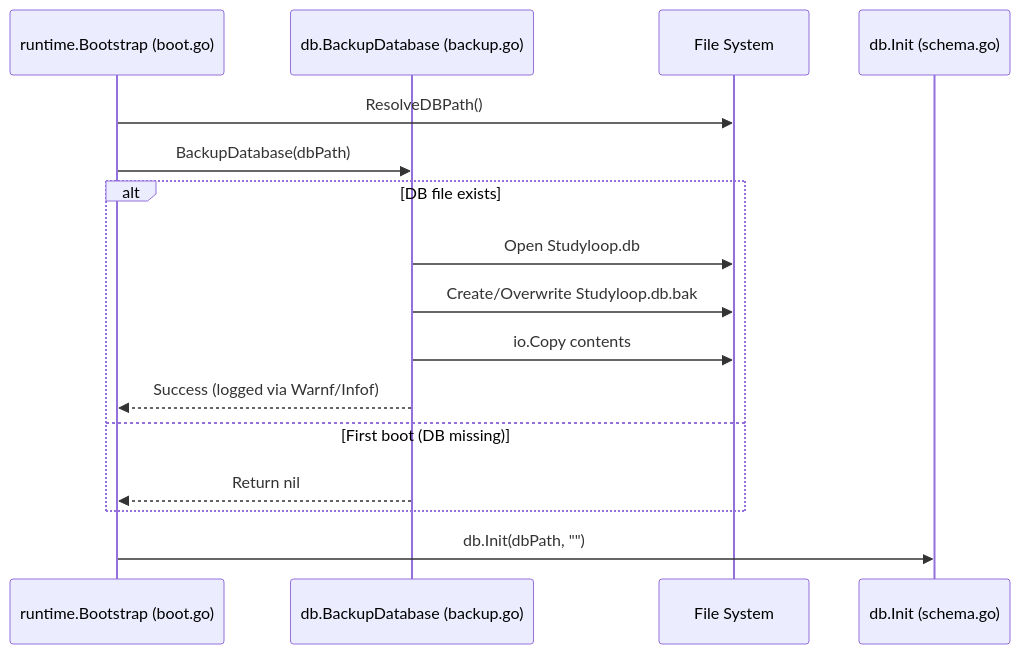
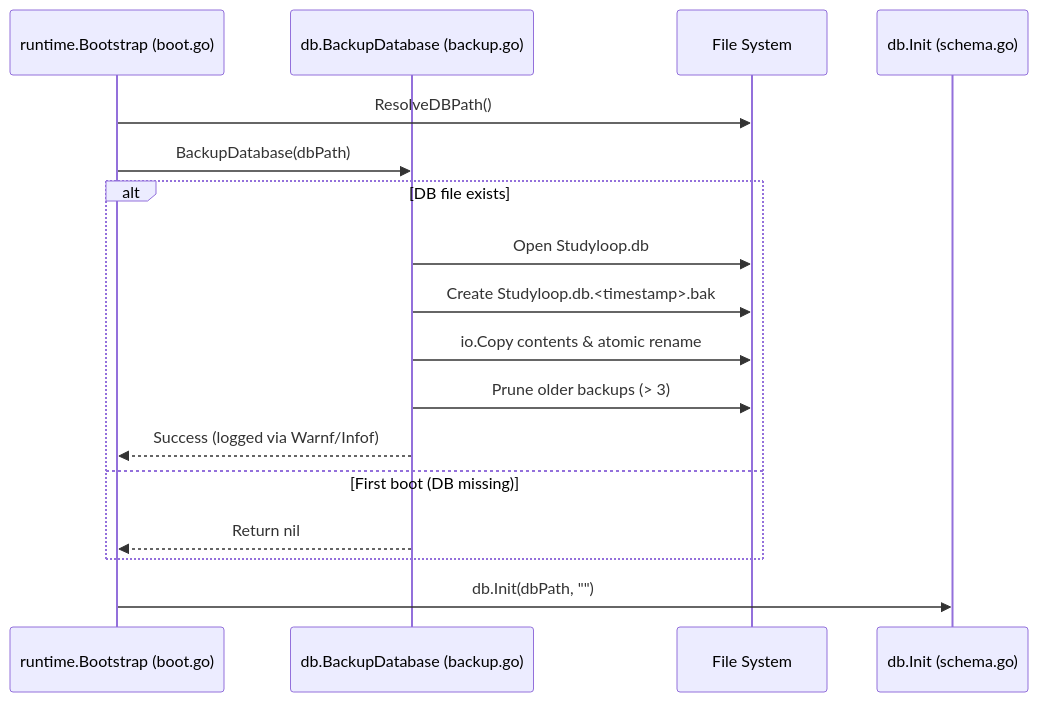
The diagram in doc/solutions/2026-09-12-startup-database-backup.md (Vishnuj-n/studyloop), drawn with Mermaid before and after one commit. The commit also changed other lines of this file and 7 other files, not shown here.

````diff
--- a/doc/solutions/2026-09-12-startup-database-backup.md
+++ b/doc/solutions/2026-09-12-startup-database-backup.md
@@ -35,19 +35,20 @@
 ```mermaid
 sequenceDiagram
     participant Boot as runtime.Bootstrap (boot.go)
     participant Backup as db.BackupDatabase (backup.go)
     participant Disk as File System
     participant DB as db.Init (schema.go)
 
     Boot->>Disk: ResolveDBPath()
     Boot->>Backup: BackupDatabase(dbPath)
     alt DB file exists
         Backup->>Disk: Open Studyloop.db
-        Backup->>Disk: Create/Overwrite Studyloop.db.bak
-        Backup->>Disk: io.Copy contents
+        Backup->>Disk: Create Studyloop.db.<timestamp>.bak
+        Backup->>Disk: io.Copy contents & atomic rename
+        Backup->>Disk: Prune older backups (> 3)
         Backup-->>Boot: Success (logged via Warnf/Infof)
     else First boot (DB missing)
         Backup-->>Boot: Return nil
     end
     Boot->>DB: db.Init(dbPath, "")
 ```
````
